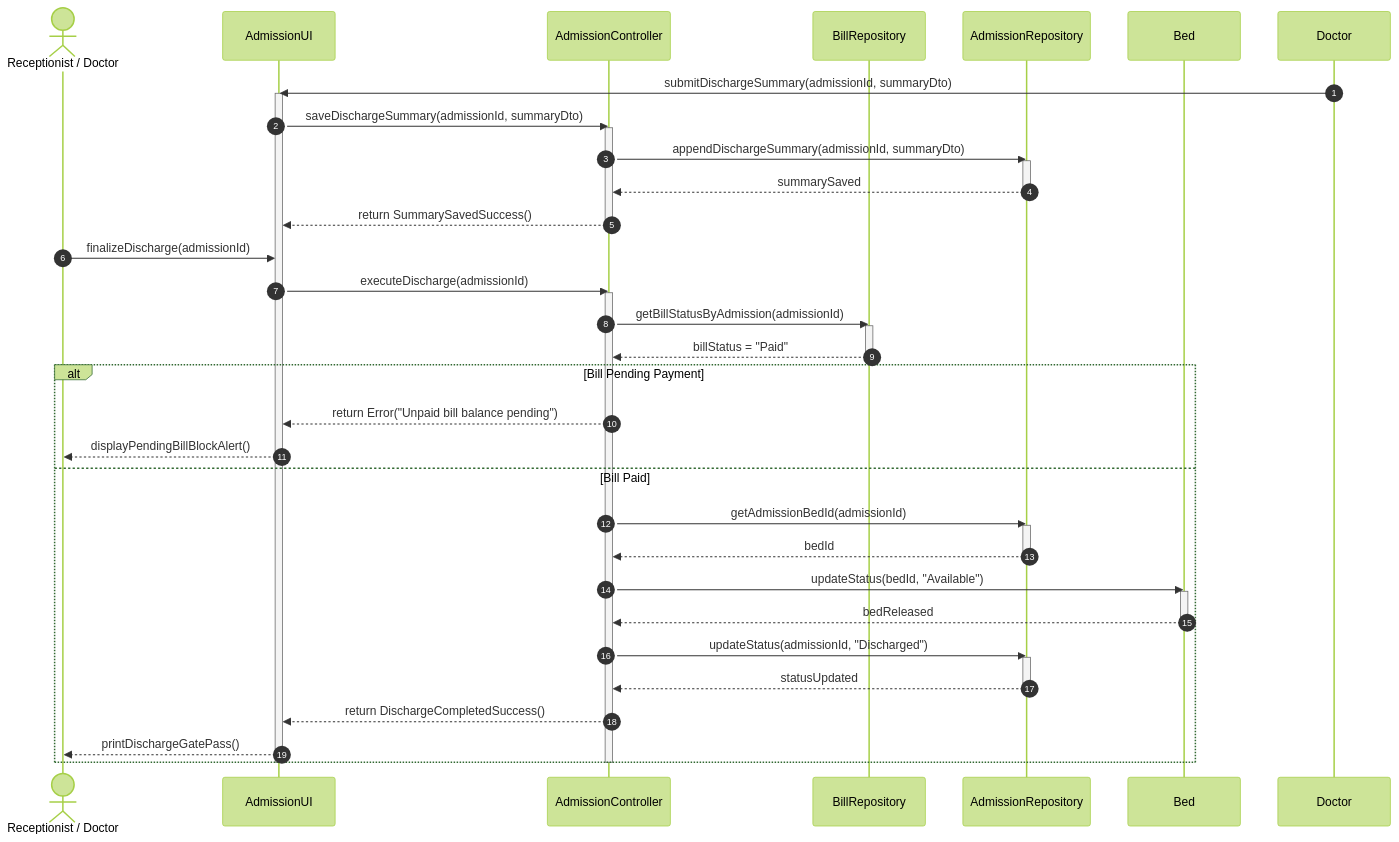
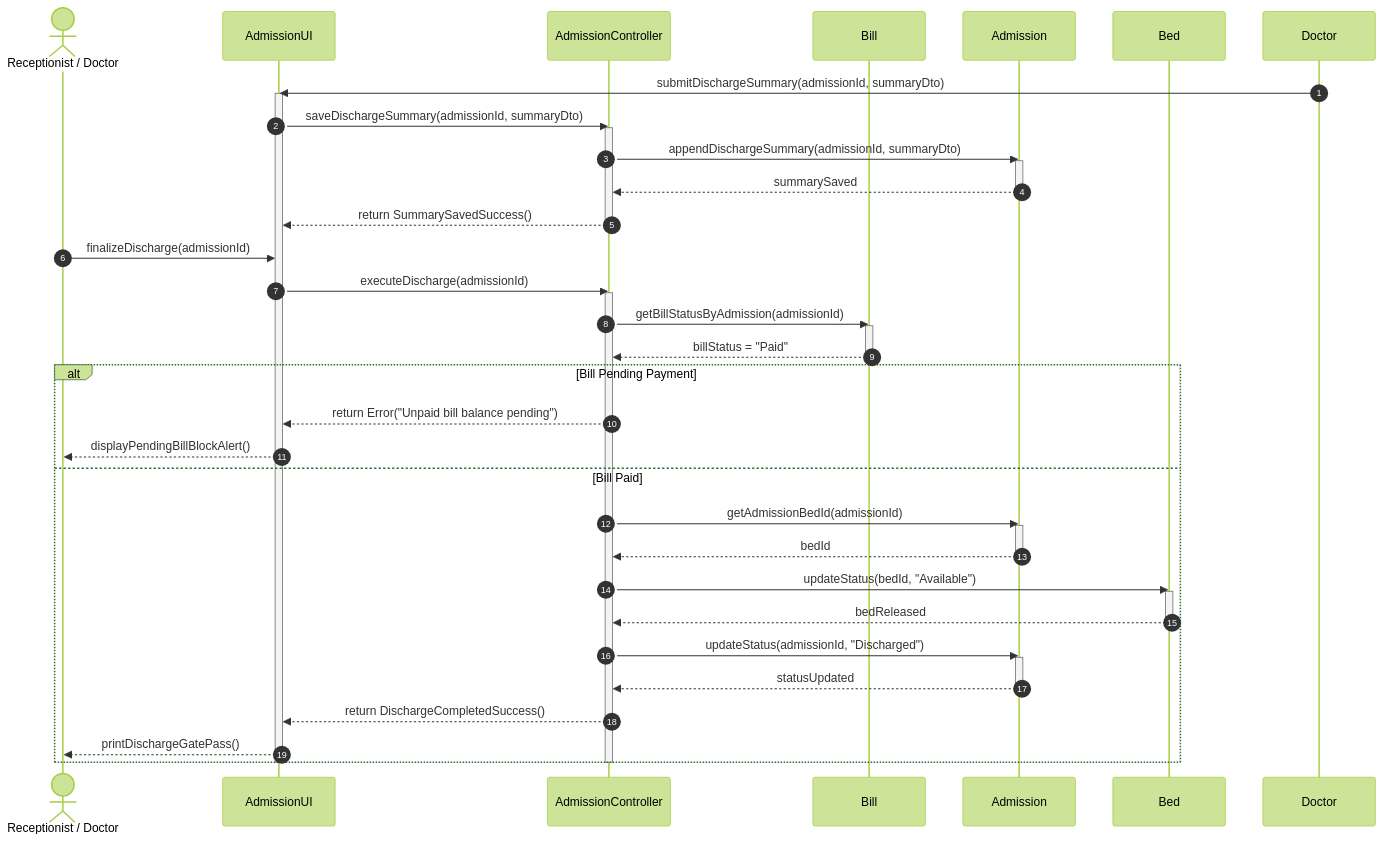
One commit to saipraveen-k/Smart-Hospital-Management-System---UML changed the diagram in experiment-06/detailed-sequence-diagrams/dsd-08-discharge.mmd. Above: the diagram before and after it, drawn with Mermaid (forest theme). The commit also changed 11 other files, not shown here.

Commit message:
docs: add actor definitions, use case diagrams, and detailed sequence diagrams for the Smart Hospital Management System.

```diff
--- a/experiment-06/detailed-sequence-diagrams/dsd-08-discharge.mmd
+++ b/experiment-06/detailed-sequence-diagrams/dsd-08-discharge.mmd
@@ -1,48 +1,48 @@
 sequenceDiagram
     autonumber
     actor Receptionist as Receptionist / Doctor
     participant UI as AdmissionUI
     participant Ctrl as AdmissionController
-    participant BillRepo as BillRepository
-    participant AdmRepo as AdmissionRepository
+    participant BillEntity as Bill
+    participant AdmEntity as Admission
     participant BedEntity as Bed
 
     Doctor->>UI: submitDischargeSummary(admissionId, summaryDto)
     activate UI
     UI->>Ctrl: saveDischargeSummary(admissionId, summaryDto)
     activate Ctrl
-    Ctrl->>AdmRepo: appendDischargeSummary(admissionId, summaryDto)
-    activate AdmRepo
-    AdmRepo-->>Ctrl: summarySaved
-    deactivate AdmRepo
+    Ctrl->>AdmEntity: appendDischargeSummary(admissionId, summaryDto)
+    activate AdmEntity
+    AdmEntity-->>Ctrl: summarySaved
+    deactivate AdmEntity
     Ctrl-->>UI: return SummarySavedSuccess()
     deactivate Ctrl
 
     Receptionist->>UI: finalizeDischarge(admissionId)
     UI->>Ctrl: executeDischarge(admissionId)
     activate Ctrl
-    Ctrl->>BillRepo: getBillStatusByAdmission(admissionId)
-    activate BillRepo
-    BillRepo-->>Ctrl: billStatus = "Paid"
-    deactivate BillRepo
+    Ctrl->>BillEntity: getBillStatusByAdmission(admissionId)
+    activate BillEntity
+    BillEntity-->>Ctrl: billStatus = "Paid"
+    deactivate BillEntity
     alt Bill Pending Payment
         Ctrl-->>UI: return Error("Unpaid bill balance pending")
         UI-->>Receptionist: displayPendingBillBlockAlert()
     else Bill Paid
-        Ctrl->>AdmRepo: getAdmissionBedId(admissionId)
-        activate AdmRepo
-        AdmRepo-->>Ctrl: bedId
-        deactivate AdmRepo
+        Ctrl->>AdmEntity: getAdmissionBedId(admissionId)
+        activate AdmEntity
+        AdmEntity-->>Ctrl: bedId
+        deactivate AdmEntity
         Ctrl->>BedEntity: updateStatus(bedId, "Available")
         activate BedEntity
         BedEntity-->>Ctrl: bedReleased
         deactivate BedEntity
-        Ctrl->>AdmRepo: updateStatus(admissionId, "Discharged")
-        activate AdmRepo
-        AdmRepo-->>Ctrl: statusUpdated
-        deactivate AdmRepo
+        Ctrl->>AdmEntity: updateStatus(admissionId, "Discharged")
+        activate AdmEntity
+        AdmEntity-->>Ctrl: statusUpdated
+        deactivate AdmEntity
         Ctrl-->>UI: return DischargeCompletedSuccess()
         UI-->>Receptionist: printDischargeGatePass()
     end
     deactivate Ctrl
     deactivate UI
```
